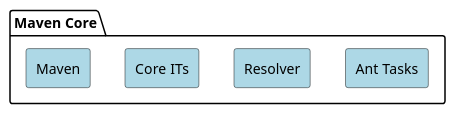
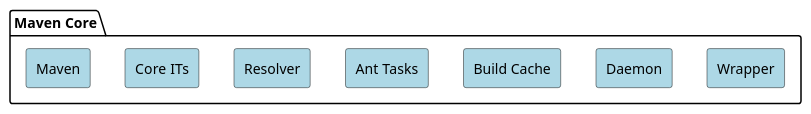
The diagram in src/plantuml/maven-sources/core.puml (apache/maven-site), drawn with PlantUML before and after one commit. The commit also changed 1 other file, not shown here.

```diff
--- a/src/plantuml/maven-sources/core.puml
+++ b/src/plantuml/maven-sources/core.puml
@@ -19,27 +19,36 @@
 @startuml
 
 <style>
     rectangle {
         BackgroundColor LightBlue
     }
 }
 </style>
 
 package "Maven Core" {
   rectangle Maven
   rectangle "Core ITs"
   rectangle Resolver
   rectangle "Ant Tasks"
+  rectangle "Build Cache"
+  rectangle "Daemon"
+  rectangle "Wrapper"
 }
 
 'hidden dependencies to change layout
 Maven -[hidden]right-> "Core ITs"
 "Core ITs" -[hidden]right-> Resolver
 Resolver -[hidden]right-> "Ant Tasks"
+"Ant Tasks" -[hidden]right-> "Build Cache"
+"Build Cache" -[hidden]right-> Daemon
+Daemon -[hidden]right-> Wrapper
 
 url of Maven is [[https://github.com/apache/maven]]
 url of "Core ITs" is [[https://github.com/apache/maven-integration-testing]]
 url of Resolver is [[https://github.com/apache/maven-resolver]]
 url of "Ant Tasks" is [[https://github.com/apache/maven-resolver-ant-tasks]]
+url of "Build Cache" is [[https://github.com/apache/maven-build-cache-extension]]
+url of Daemon is [[https://github.com/apache/maven-mvnd]]
+url of Wrapper is [[https://github.com/apache/maven-wrapper]]
 
 @enduml
```
